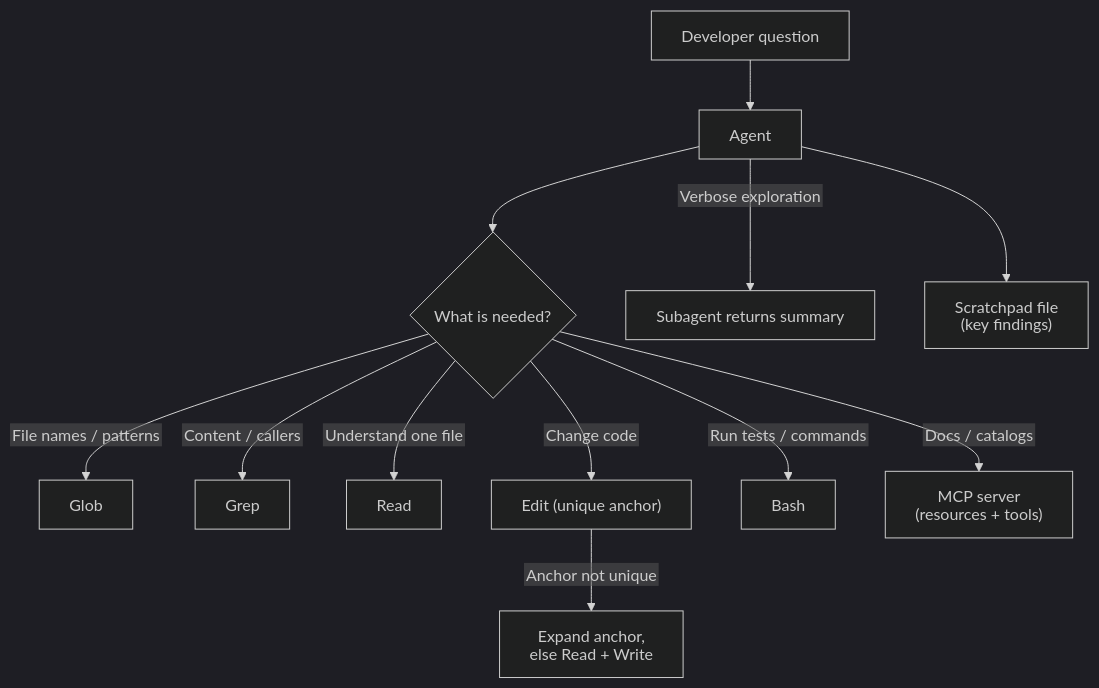
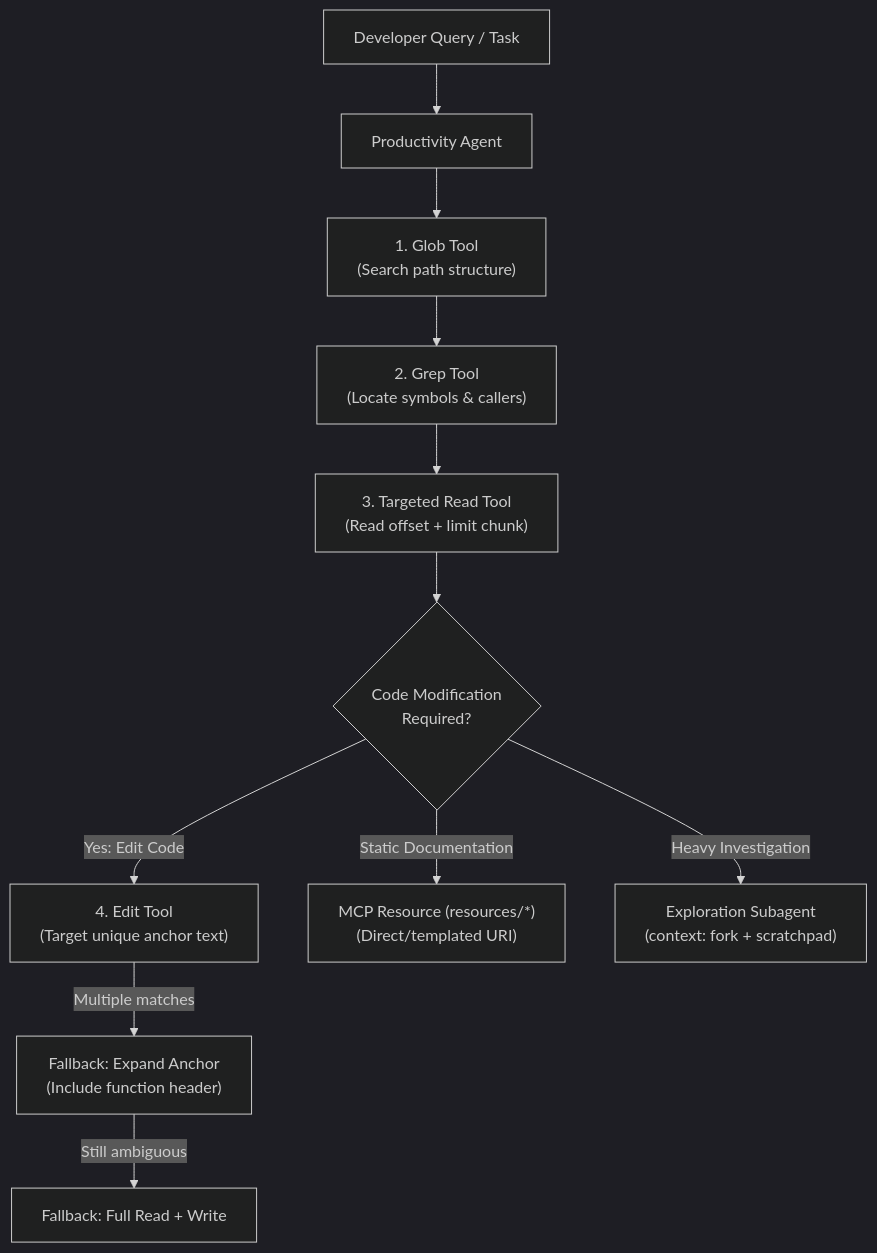
One commit to dip4k/claude_cert_architect_foundation_prep changed the first of 2 diagrams in scenarios/scenario_4_developer_productivity/SCENARIO_GUIDE.md. Above: the diagram before and after it, drawn with Mermaid (dark theme). The commit also changed other lines of this file and 99 other files, not shown here.

````diff
--- a/scenarios/scenario_4_developer_productivity/SCENARIO_GUIDE.md
+++ b/scenarios/scenario_4_developer_productivity/SCENARIO_GUIDE.md
@@ -18,18 +20,17 @@
 ```mermaid
----
-config:
-  htmlLabels: false
----
 flowchart TD
-    Dev["Developer question"] --> Agent["Agent"]
-    Agent --> Find{"What is needed?"}
-    Find -->|"File names / patterns"| Glob["Glob"]
-    Find -->|"Content / callers"| Grep["Grep"]
-    Find -->|"Understand one file"| Read["Read"]
-    Find -->|"Change code"| Edit["Edit (unique anchor)"]
-    Edit -->|"Anchor not unique"| Fallback["Expand anchor,<br>else Read + Write"]
-    Find -->|"Run tests / commands"| Bash["Bash"]
-    Find -->|"Docs / catalogs"| MCP["MCP server<br>(resources + tools)"]
-    Agent -->|"Verbose exploration"| Sub["Subagent returns summary"]
-    Agent --> Notes["Scratchpad file<br>(key findings)"]
+    Dev["Developer Query / Task"] --> Agent["Productivity Agent"]
+
+    Agent --> Glob["1. Glob Tool<br>(Search path structure)"]
+    Glob --> Grep["2. Grep Tool<br>(Locate symbols & callers)"]
+    Grep --> Read["3. Targeted Read Tool<br>(Read offset + limit chunk)"]
+
+    Read --> Action{"Code Modification<br>Required?"}
+
+    Action -->|"Yes: Edit Code"| Edit["4. Edit Tool<br>(Target unique anchor text)"]
+    Edit -->|"Multiple matches"| Anchor["Fallback: Expand Anchor<br>(Include function header)"]
+    Anchor -->|"Still ambiguous"| Write["Fallback: Full Read + Write"]
+
+    Action -->|"Static Documentation"| MCPRes["MCP Resource (resources/*)<br>(Direct/templated URI)"]
+    Action -->|"Heavy Investigation"| Subagent["Exploration Subagent<br>(context: fork + scratchpad)"]
 ```
````
